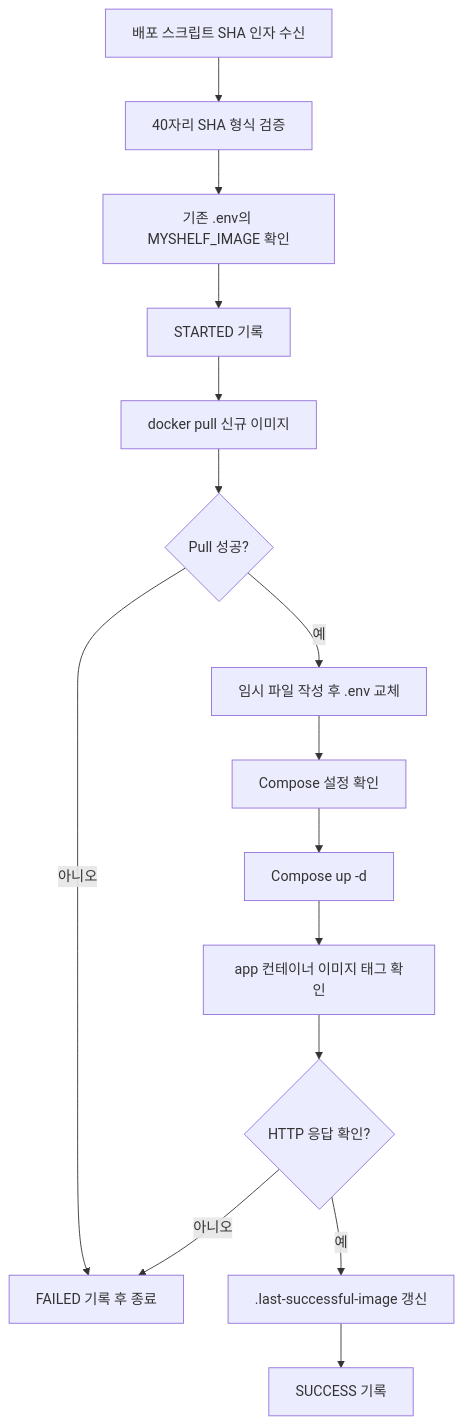
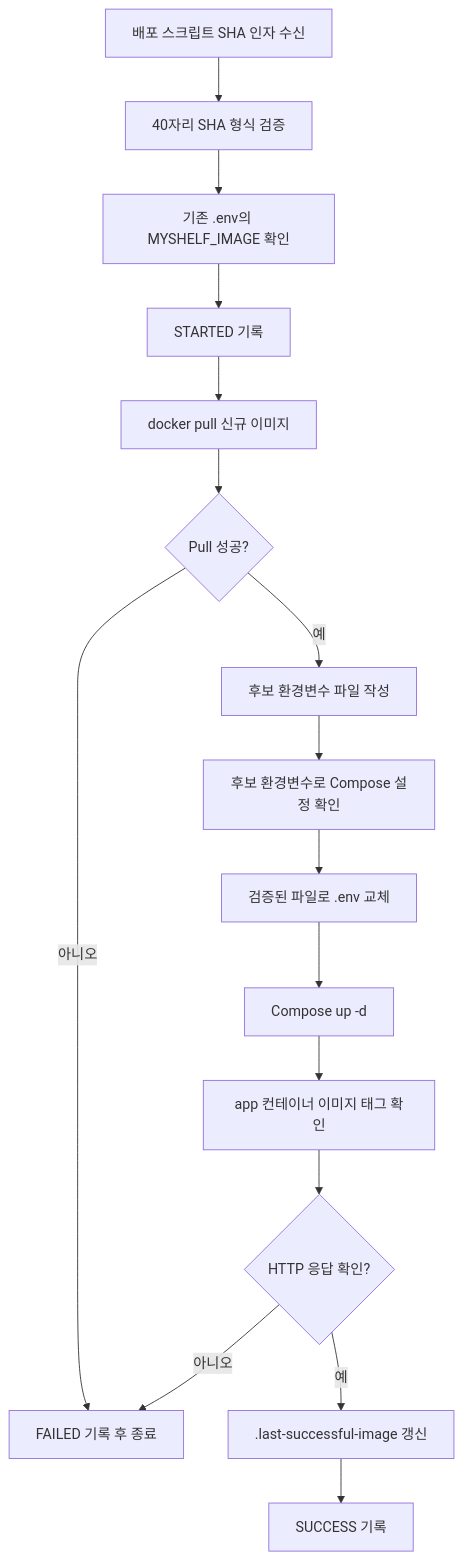
The diagram in docs/learning/infrastructure/ec2-automated-deployment.md (pickylemon/myshelf), drawn with Mermaid before and after one commit. The commit also changed other lines of this file and 10 other files, not shown here.

````diff
--- a/docs/learning/infrastructure/ec2-automated-deployment.md
+++ b/docs/learning/infrastructure/ec2-automated-deployment.md
@@ -34,17 +43,18 @@
 ```mermaid
 flowchart TD
     A[배포 스크립트 SHA 인자 수신] --> B[40자리 SHA 형식 검증]
     B --> C[기존 .env의 MYSHELF_IMAGE 확인]
     C --> D[STARTED 기록]
     D --> E[docker pull 신규 이미지]
     E --> F{Pull 성공?}
     F -- 아니오 --> Z[FAILED 기록 후 종료]
-    F -- 예 --> G[임시 파일 작성 후 .env 교체]
-    G --> H[Compose 설정 확인]
-    H --> I[Compose up -d]
+    F -- 예 --> G[후보 환경변수 파일 작성]
+    G --> H[후보 환경변수로 Compose 설정 확인]
+    H --> N[검증된 파일로 .env 교체]
+    N --> I[Compose up -d]
     I --> J[app 컨테이너 이미지 태그 확인]
     J --> K{HTTP 응답 확인?}
     K -- 아니오 --> Z
     K -- 예 --> L[.last-successful-image 갱신]
     L --> M[SUCCESS 기록]
 ```
````
